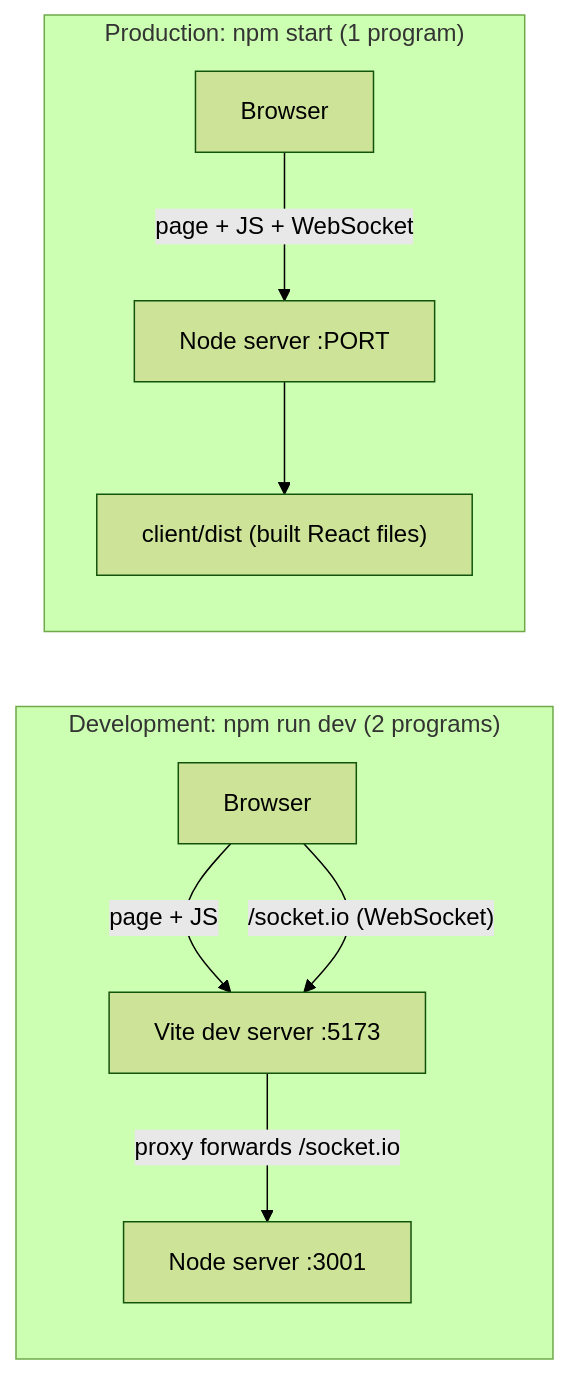
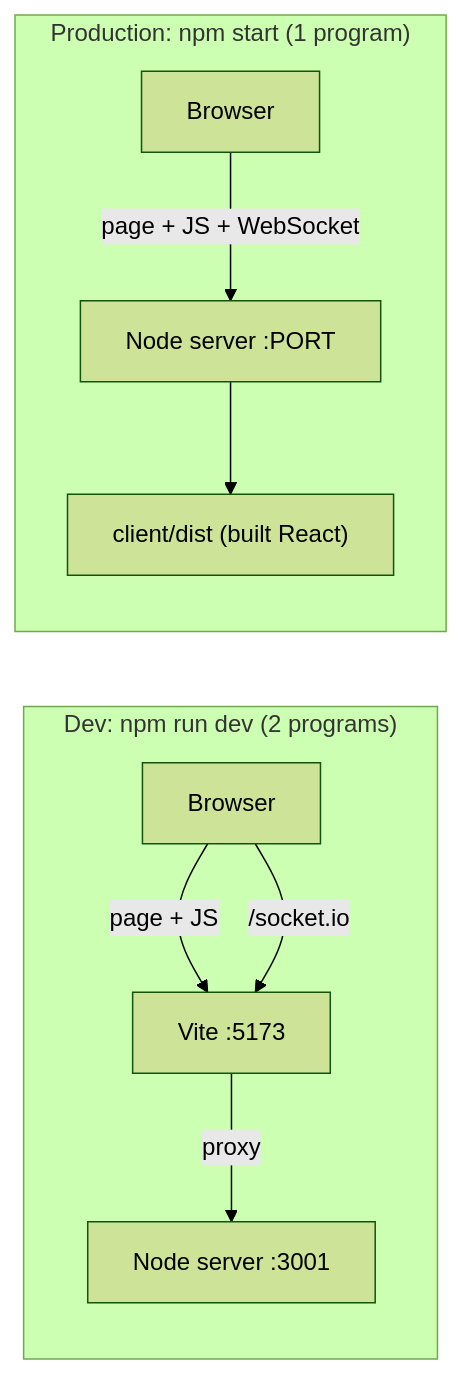
Before and after one commit to ritik-2407/Skribbl: the first of 8 diagrams in README.md, drawn with Mermaid (forest theme). The commit also changed other lines of this file and 17 other files, not shown here.

````diff
--- a/README.md
+++ b/README.md
@@ -128,12 +81,12 @@
 ```mermaid
 flowchart LR
-    subgraph DEV["Development: npm run dev (2 programs)"]
-        B1["Browser"] -->|"page + JS"| V["Vite dev server :5173"]
-        B1 -->|"/socket.io (WebSocket)"| V
-        V -->|"proxy forwards /socket.io"| N1["Node server :3001"]
+    subgraph DEV["Dev: npm run dev (2 programs)"]
+        B1["Browser"] -->|"page + JS"| V["Vite :5173"]
+        B1 -->|"/socket.io"| V
+        V -->|"proxy"| N1["Node server :3001"]
     end
     subgraph PROD["Production: npm start (1 program)"]
         B2["Browser"] -->|"page + JS + WebSocket"| N2["Node server :PORT"]
-        N2 --> D["client/dist (built React files)"]
+        N2 --> D["client/dist (built React)"]
     end
 ```
````
